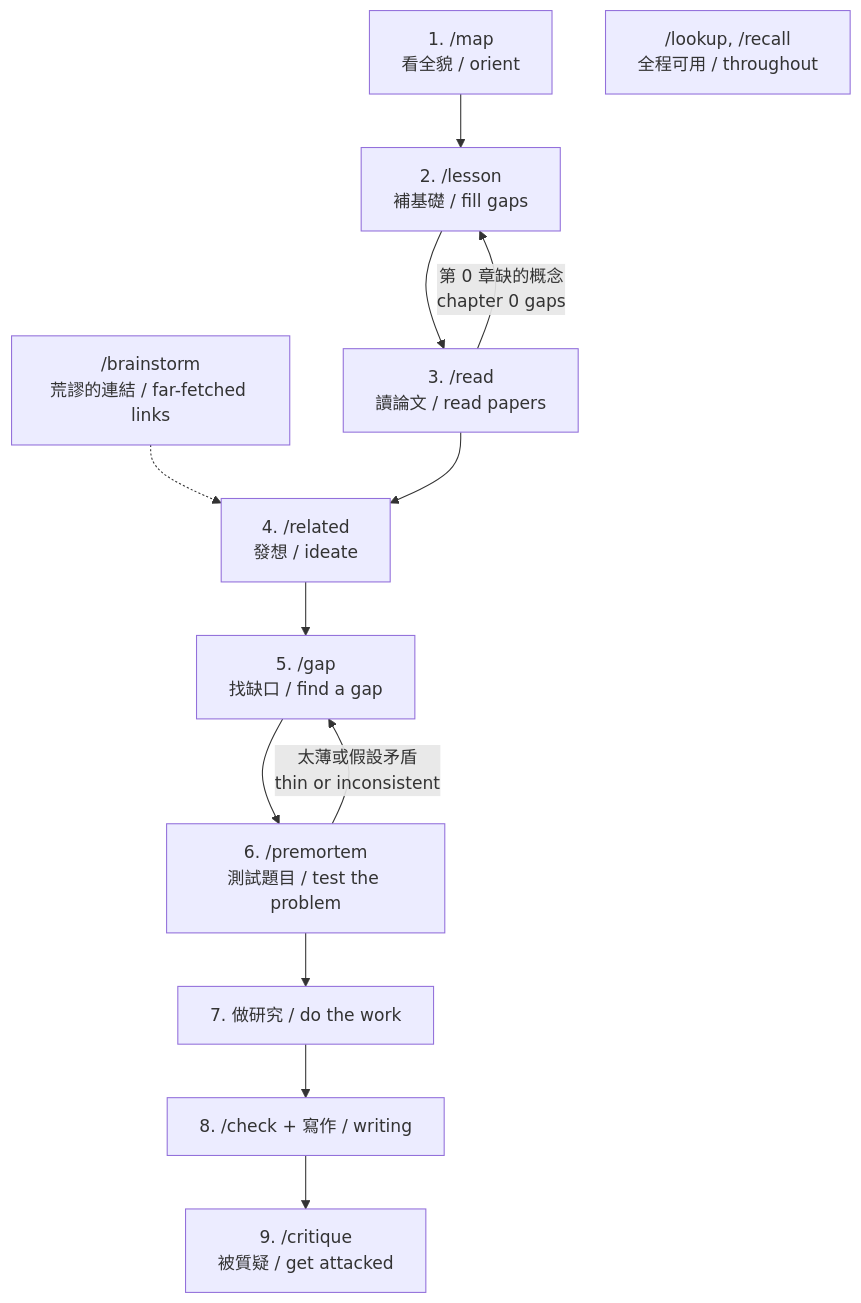
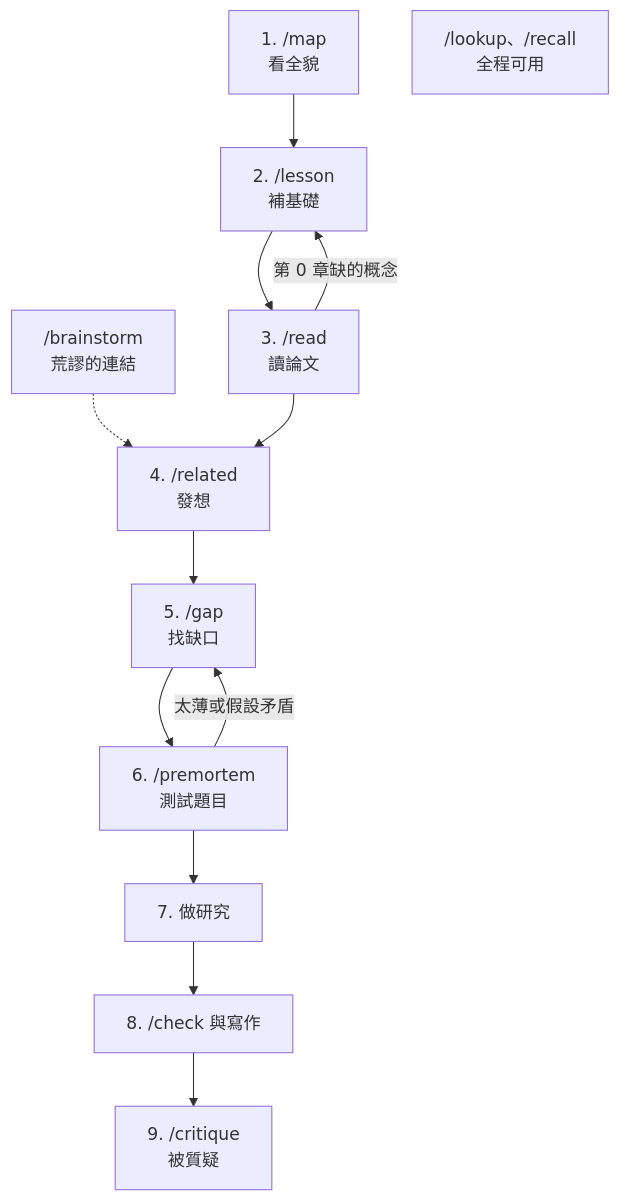
Before and after one commit to pitaya943/researchy: the diagram in docs/overview.md, drawn with Mermaid. The commit also changed other lines of this file and 16 other files, not shown here.

````diff
--- a/docs/overview.md
+++ b/docs/overview.md
@@ -78,15 +63,15 @@
 ```mermaid
 flowchart TD
-    B["/brainstorm<br>荒謬的連結 / far-fetched links"] -.-> R
-    M["1. /map<br>看全貌 / orient"] --> L["2. /lesson<br>補基礎 / fill gaps"]
-    L --> RD["3. /read<br>讀論文 / read papers"]
-    RD -->|"第 0 章缺的概念<br>chapter 0 gaps"| L
-    RD --> R["4. /related<br>發想 / ideate"]
-    R --> G["5. /gap<br>找缺口 / find a gap"]
-    G --> P["6. /premortem<br>測試題目 / test the problem"]
-    P -->|"太薄或假設矛盾<br>thin or inconsistent"| G
-    P --> W["7. 做研究 / do the work"]
-    W --> C["8. /check + 寫作 / writing"]
-    C --> X["9. /critique<br>被質疑 / get attacked"]
-    LK["/lookup, /recall<br>全程可用 / throughout"]
+    B["/brainstorm<br>荒謬的連結"] -.-> R
+    M["1. /map<br>看全貌"] --> L["2. /lesson<br>補基礎"]
+    L --> RD["3. /read<br>讀論文"]
+    RD -->|"第 0 章缺的概念"| L
+    RD --> R["4. /related<br>發想"]
+    R --> G["5. /gap<br>找缺口"]
+    G --> P["6. /premortem<br>測試題目"]
+    P -->|"太薄或假設矛盾"| G
+    P --> W["7. 做研究"]
+    W --> C["8. /check 與寫作"]
+    C --> X["9. /critique<br>被質疑"]
+    LK["/lookup、/recall<br>全程可用"]
 ```
````
